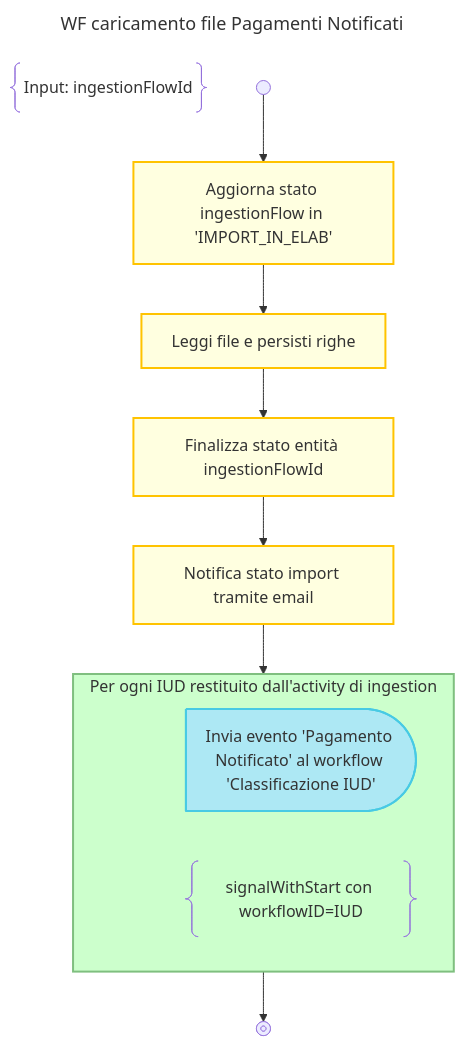
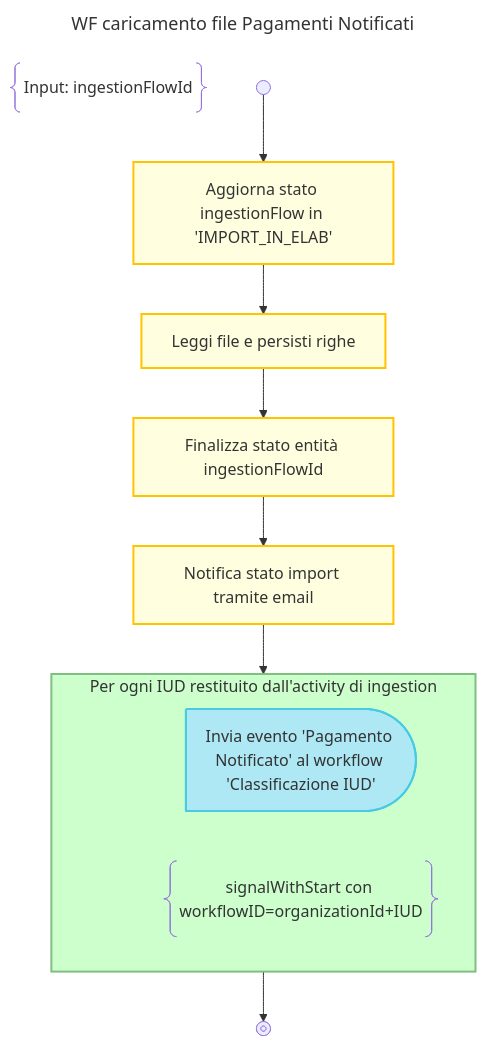
Before and after one commit to pagopa/p4pa-doc: the diagram in design/workflow/classificazioneIncassi/02.pagamentiNotificati.mmd, drawn with Mermaid. The commit also changed 20 other files, not shown here.

```diff
--- a/design/workflow/classificazioneIncassi/02.pagamentiNotificati.mmd
+++ b/design/workflow/classificazioneIncassi/02.pagamentiNotificati.mmd
@@ -1,30 +1,30 @@
 ---
 title: WF caricamento file Pagamenti Notificati
 ---
 flowchart TD
     DESCRIPTION@{ shape: braces, label: "Input: ingestionFlowId" }
     START@{shape: start} -->
     UPDATE_STATUS_INELAB:::activity@{label: "Aggiorna stato ingestionFlow in 'IMPORT_IN_ELAB'"} -->
     INGESTION:::activity@{label: "Leggi file e persisti righe"} -->
     UPDATE_STATUS_COMPLETE:::activity@{label: "Finalizza stato entità ingestionFlowId"} -->
     SEND_EMAIL:::activity@{label: "Notifica stato import tramite email"} -->
 
     LOOP
 
     subgraph LOOP["Per ogni IUD restituito dall'activity di ingestion"]
 
         %% dummy block added to have an empty line
         DUMMY:::disable-->SIGNAL
         linkStyle 5 display:none;
 
         SIGNAL:::send-signal@{shape: delay, label: "Invia evento 'Pagamento Notificato' al workflow 'Classificazione IUD'"}
-        NOTE@{ shape: braces, label: "signalWithStart con workflowID=IUD" }
+        NOTE@{ shape: braces, label: "signalWithStart con workflowID=organizationId+IUD" }
     end
 
     LOOP --> END@{shape: stop}
     class LOOP loop
 
     classDef disable display:none;
     classDef activity fill:#FFFFE0, stroke:#ffc300, stroke-width:2px;
     classDef loop fill:#CCFFCC, stroke:#7FBF7F, stroke-width:2px, padding-bottom: 5px;
     classDef send-signal fill:#ade8f4, stroke:#48cae4, stroke-width:2px
```
